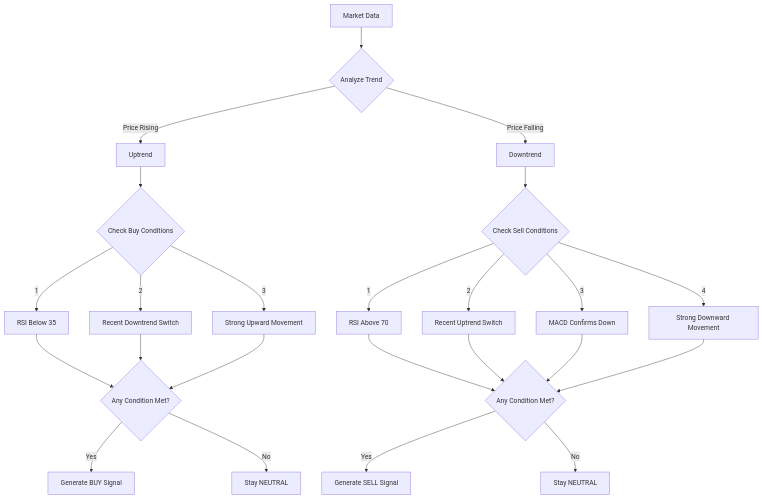
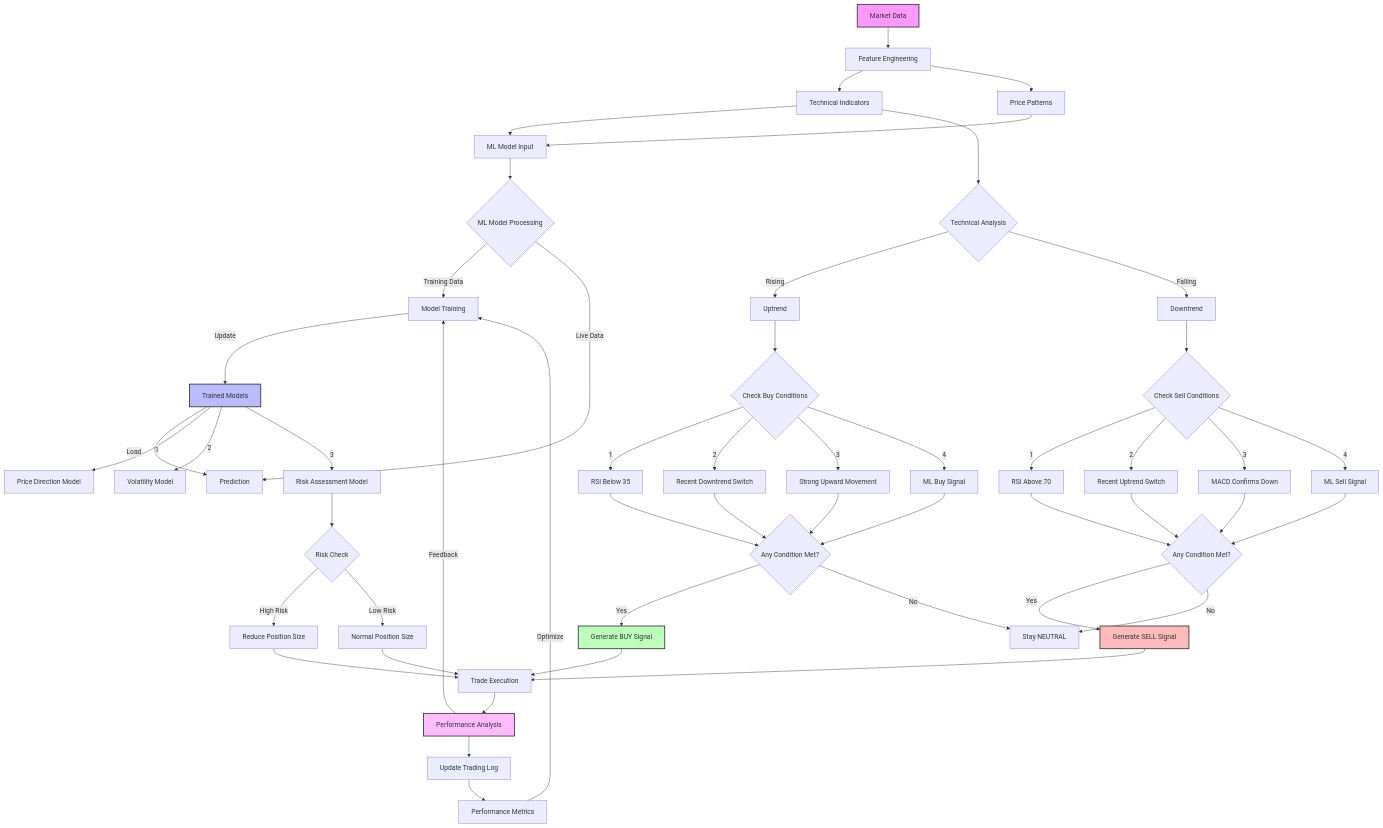
Before and after one commit to padak/swing_trade_automat_2: the diagram in docs/trend_detector_v2_gemini.md, drawn with Mermaid.

Commit message:
Enhanced mermaid diagram with ML models and learning components

````diff
--- a/docs/trend_detector_v2_gemini.md
+++ b/docs/trend_detector_v2_gemini.md
@@ -33,21 +33,69 @@
 ```mermaid
 flowchart TD
-A[Market Data] --> B{Analyze Trend}
-B -->|Price Rising| C[Uptrend]
-B -->|Price Falling| D[Downtrend]
-C --> E{Check Buy Conditions}
-E -->|1| F[RSI Below 35]
-E -->|2| G[Recent Downtrend Switch]
-E -->|3| H[Strong Upward Movement]
-F & G & H --> I{Any Condition Met?}
-I -->|Yes| J[Generate BUY Signal]
-I -->|No| K[Stay NEUTRAL]
-D --> L{Check Sell Conditions}
-L -->|1| M[RSI Above 70]
-L -->|2| N[Recent Uptrend Switch]
-L -->|3| O[MACD Confirms Down]
-L -->|4| P[Strong Downward Movement]
-M & N & O & P --> Q{Any Condition Met?}
-Q -->|Yes| R[Generate SELL Signal]
-Q -->|No| S[Stay NEUTRAL]
+    %% Data Collection and Processing
+    A[Market Data] --> B[Feature Engineering]
+    B --> C[Technical Indicators]
+    B --> D[Price Patterns]
+    
+    %% ML Model Pipeline
+    C & D --> E[ML Model Input]
+    E --> F{ML Model Processing}
+    F --> |Training Data| G[Model Training]
+    F --> |Live Data| H[Prediction]
+    
+    %% Model Components
+    G --> |Update| I[Trained Models]
+    I --> |Load| H
+    I --> |1| J[Price Direction Model]
+    I --> |2| K[Volatility Model]
+    I --> |3| L[Risk Assessment Model]
+    
+    %% Traditional Analysis
+    C --> M{Technical Analysis}
+    M -->|Rising| N[Uptrend]
+    M -->|Falling| O[Downtrend]
+    
+    %% Buy Conditions
+    N --> P{Check Buy Conditions}
+    P -->|1| Q[RSI Below 35]
+    P -->|2| R[Recent Downtrend Switch]
+    P -->|3| S[Strong Upward Movement]
+    P -->|4| T[ML Buy Signal]
+    Q & R & S & T --> U{Any Condition Met?}
+    
+    %% Sell Conditions
+    O --> V{Check Sell Conditions}
+    V -->|1| W[RSI Above 70]
+    V -->|2| X[Recent Uptrend Switch]
+    V -->|3| Y[MACD Confirms Down]
+    V -->|4| Z[ML Sell Signal]
+    W & X & Y & Z --> AA{Any Condition Met?}
+    
+    %% Final Decision
+    U -->|Yes| BB[Generate BUY Signal]
+    U -->|No| CC[Stay NEUTRAL]
+    AA -->|Yes| DD[Generate SELL Signal]
+    AA -->|No| CC
+    
+    %% Performance Feedback Loop
+    BB & DD --> EE[Trade Execution]
+    EE --> FF[Performance Analysis]
+    FF --> |Feedback| G
+    
+    %% Risk Management
+    L --> GG{Risk Check}
+    GG --> |High Risk| HH[Reduce Position Size]
+    GG --> |Low Risk| II[Normal Position Size]
+    HH & II --> EE
+    
+    %% Continuous Learning
+    FF --> JJ[Update Trading Log]
+    JJ --> KK[Performance Metrics]
+    KK --> |Optimize| G
+    
+    style A fill:#f9f,stroke:#333,stroke-width:2px
+    style I fill:#bbf,stroke:#333,stroke-width:2px
+    style BB fill:#bfb,stroke:#333,stroke-width:2px
+    style DD fill:#fbb,stroke:#333,stroke-width:2px
+    style FF fill:#fbf,stroke:#333,stroke-width:2px
 ```
````
